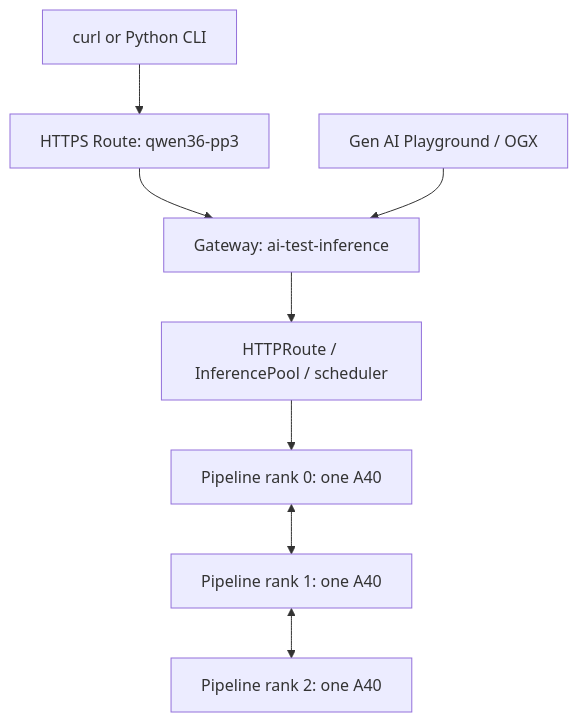
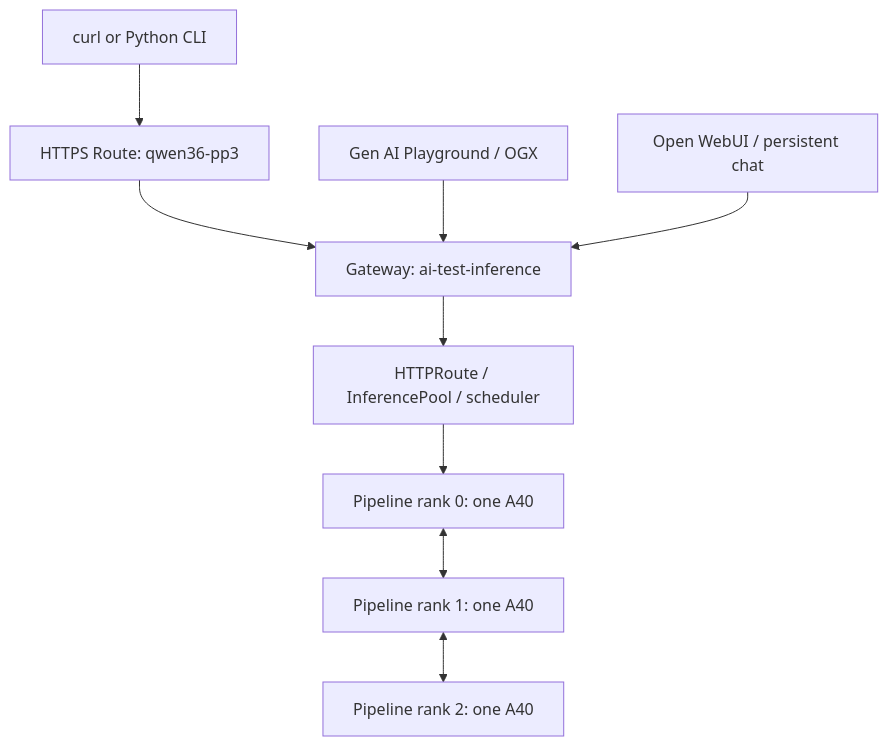
Before and after one commit to singlecheeze/ocp-cheat-sheet: the diagram in OpenShift AI/Three A40 Runbook/Three A40 Runbook.md, drawn with Mermaid. The commit also changed other lines of this file, not shown here.

````diff
--- a/OpenShift AI/Three A40 Runbook/Three A40 Runbook.md
+++ b/OpenShift AI/Three A40 Runbook/Three A40 Runbook.md
@@ -58,10 +59,11 @@
 ```mermaid
 flowchart TD
     Client["curl or Python CLI"] --> Route["HTTPS Route: qwen36-pp3"]
     Route --> Gateway["Gateway: ai-test-inference"]
     Playground["Gen AI Playground / OGX"] --> Gateway
+    WebUI["Open WebUI / persistent chat"] --> Gateway
     Gateway --> Routing["HTTPRoute / InferencePool / scheduler"]
     Routing --> Leader["Pipeline rank 0: one A40"]
     Leader <--> Worker1["Pipeline rank 1: one A40"]
     Worker1 <--> Worker2["Pipeline rank 2: one A40"]
 ```
````
